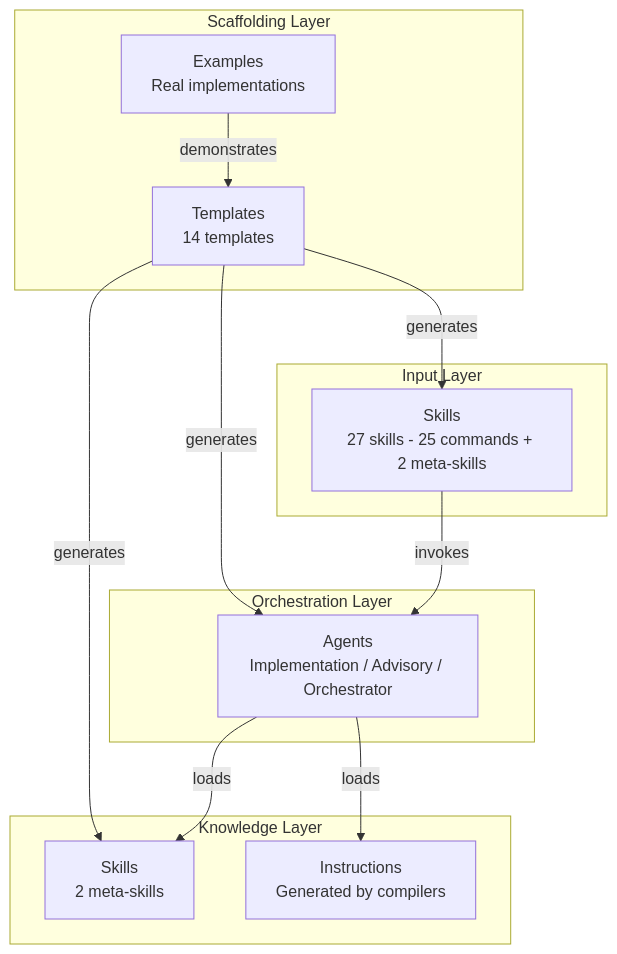
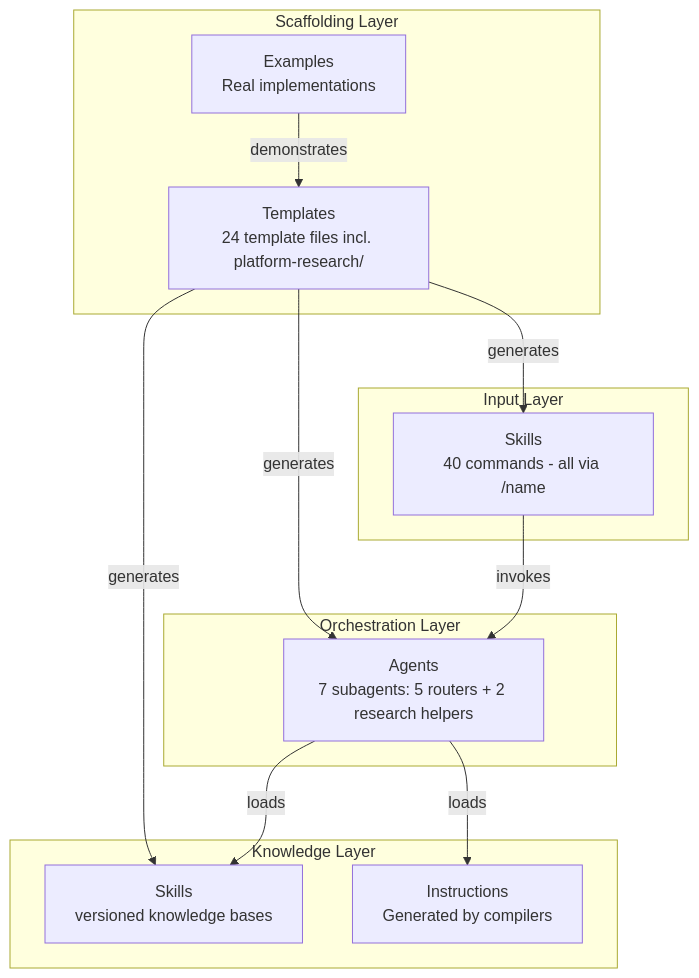
One commit to rodrigo-mendes/agents-factory changed the second of 5 diagrams in docs/visao-geral.md. Above: the diagram before and after it, drawn with Mermaid. The commit also changed other lines of this file and 86 other files, not shown here.

First line of the commit message:
feat(platform-software): add 15-command platform-software research family and update all docs

````diff
--- a/docs/visao-geral.md
+++ b/docs/visao-geral.md
@@ -24,28 +24,28 @@
 ```mermaid
 graph TD
     subgraph "Input Layer"
-        P[Skills<br/>27 skills - 25 commands + 2 meta-skills]
+        P[Skills<br/>40 commands - all via /name]
     end
 
     subgraph "Orchestration Layer"
-        AG[Agents<br/>Implementation / Advisory / Orchestrator]
+        AG[Agents<br/>7 subagents: 5 routers + 2 research helpers]
     end
 
     subgraph "Knowledge Layer"
-        S[Skills<br/>2 meta-skills]
+        S[Skills<br/>versioned knowledge bases]
         I[Instructions<br/>Generated by compilers]
     end
 
     subgraph "Scaffolding Layer"
-        T[Templates<br/>14 templates]
+        T[Templates<br/>24 template files incl. platform-research/]
         E[Examples<br/>Real implementations]
     end
 
     P -->|invokes| AG
     AG -->|loads| S
     AG -->|loads| I
     T -->|generates| P
     T -->|generates| AG
     T -->|generates| S
     E -->|demonstrates| T
 ```
````
